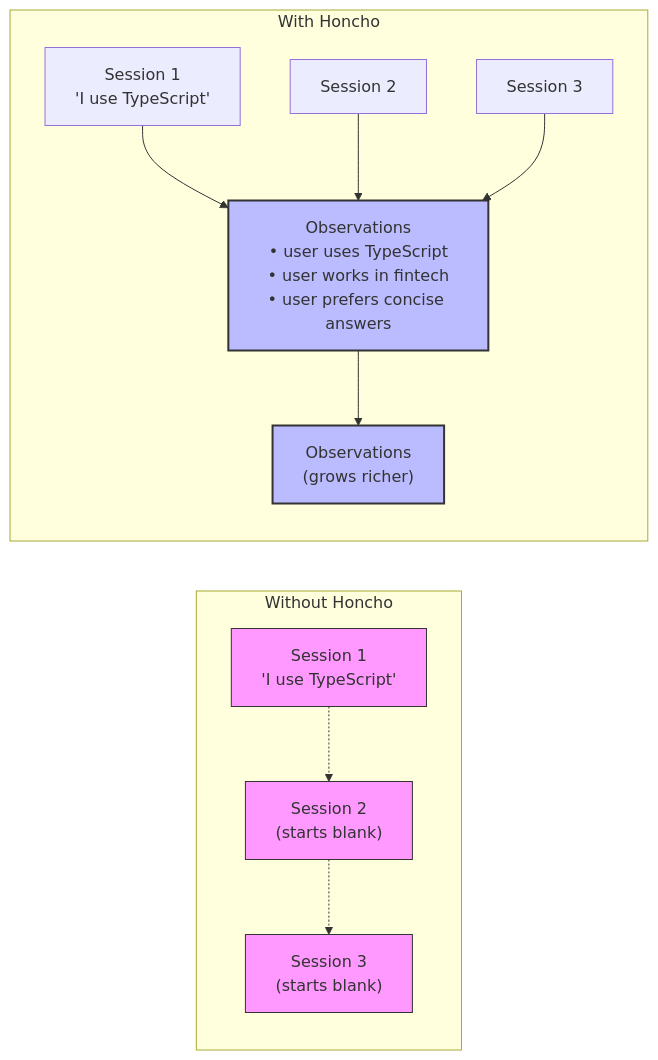
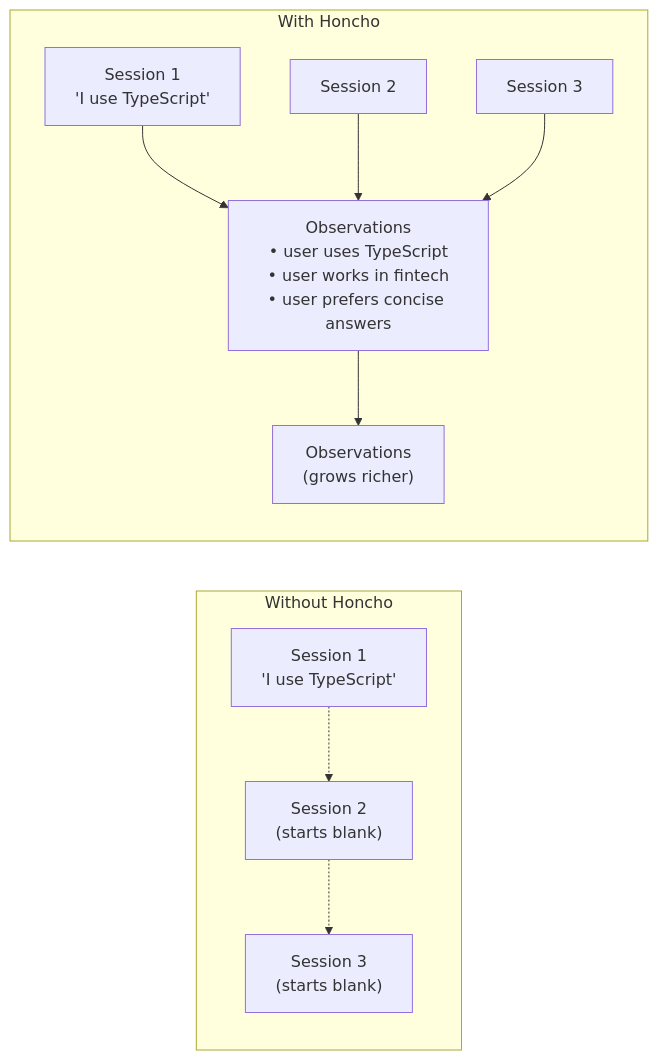
One commit to beyhanmeyrali/BMsCodingMarket changed the first of 7 diagrams in docs/HONCHO_SETUP_GUIDE.md. Above: the diagram before and after it, drawn with Mermaid. The commit also changed other lines of this file, not shown here.

First line of the commit message:
Remove Mermaid styles causing poor contrast in GitHub

````diff
--- a/docs/HONCHO_SETUP_GUIDE.md
+++ b/docs/HONCHO_SETUP_GUIDE.md
@@ -35,22 +35,16 @@
 ```mermaid
 graph LR
     subgraph Without_Honcho["Without Honcho"]
         direction TB
         S1["Session 1\n'I use TypeScript'"] -.-> S2["Session 2\n(starts blank)"]
         S2 -.-> S3["Session 3\n(starts blank)"]
     end
 
     subgraph With_Honcho["With Honcho"]
         direction TB
         H1["Session 1\n'I use TypeScript'"] --> OBS["Observations\n• user uses TypeScript\n• user works in fintech\n• user prefers concise answers"]
         H2["Session 2"] --> OBS
         H3["Session 3"] --> OBS
         OBS --> OBS2["Observations\n(grows richer)"]
     end
-
-    style S1 fill:#f9f,stroke:#333,stroke-width:1px
-    style S2 fill:#f9f,stroke:#333,stroke-width:1px
-    style S3 fill:#f9f,stroke:#333,stroke-width:1px
-    style OBS fill:#bbf,stroke:#333,stroke-width:2px
-    style OBS2 fill:#bbf,stroke:#333,stroke-width:2px
 ```
````
